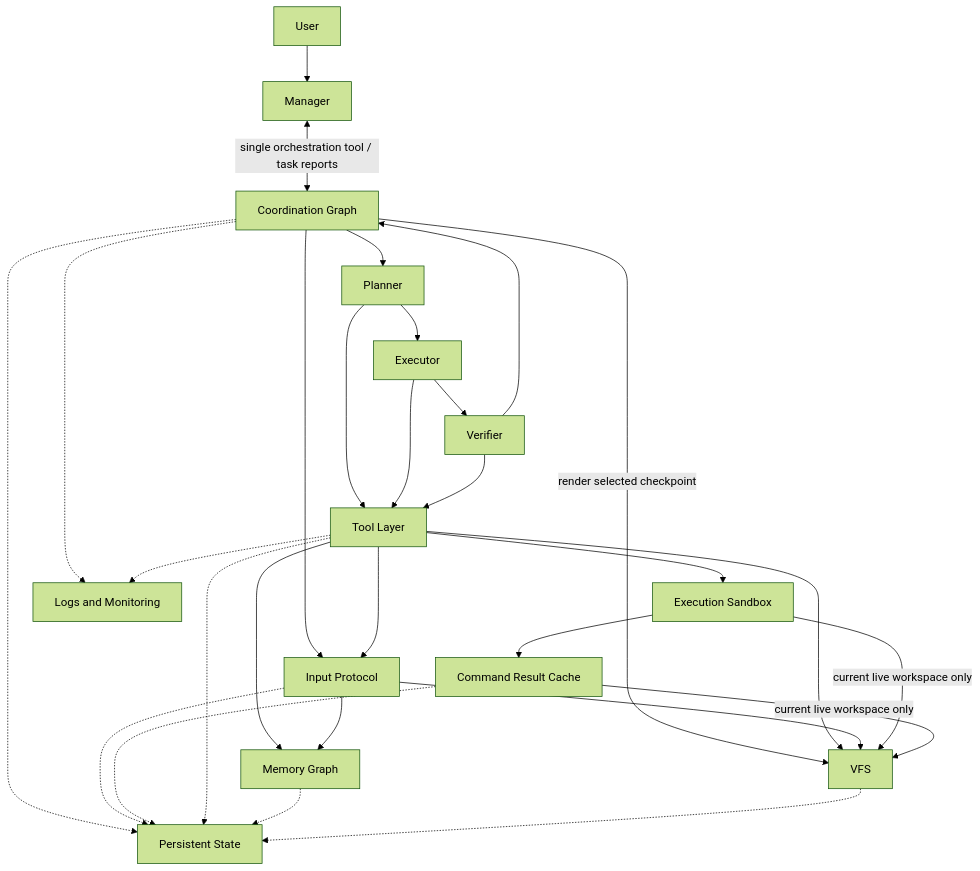
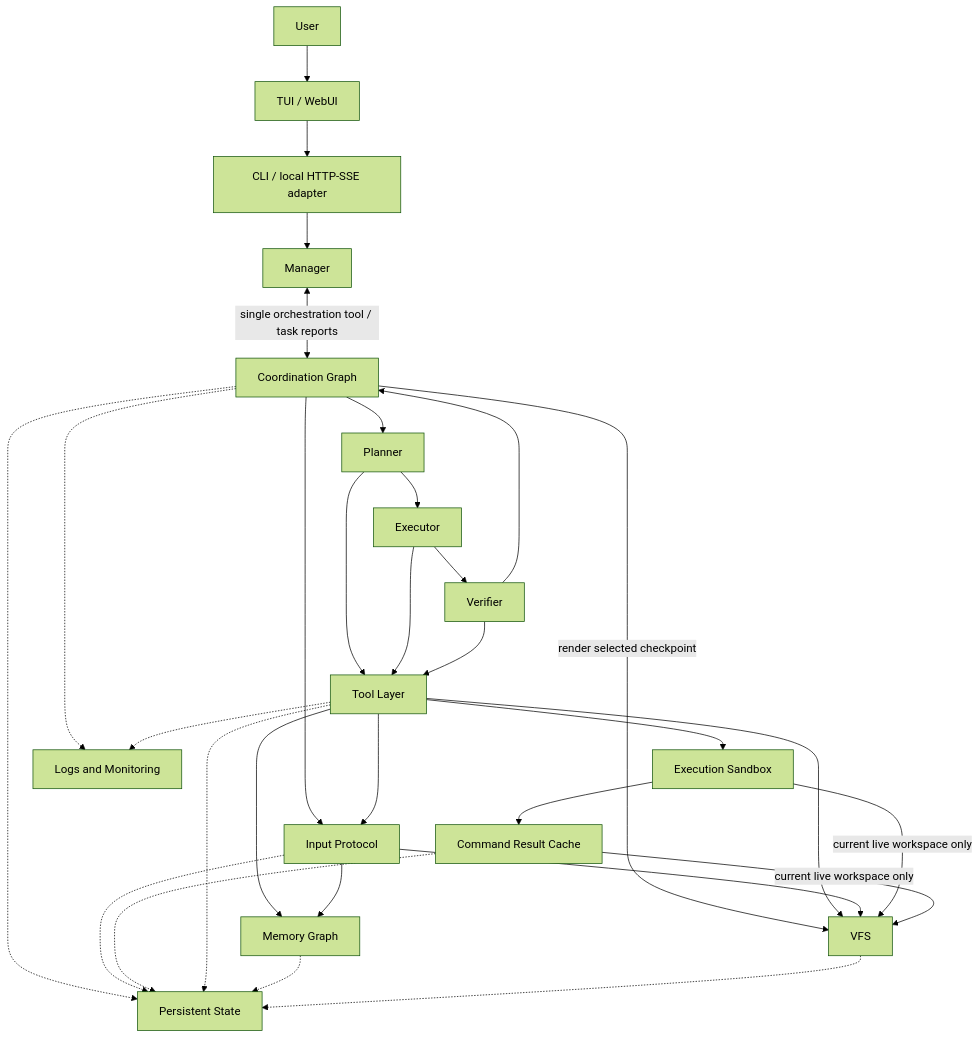
One commit to KDZZZZZZ/threadmill changed the diagram in docs/architecture-governance.md. Above: the diagram before and after it, drawn with Mermaid (forest theme). The commit also changed other lines of this file and 53 other files, not shown here.

First line of the commit message:
feat(webui): add local WebUI adapter and update agent method prompts

````diff
--- a/docs/architecture-governance.md
+++ b/docs/architecture-governance.md
@@ -7,35 +7,37 @@
 ```mermaid
 flowchart TD
-    U[User] --> M[Manager]
+    U[User] --> UI[TUI / WebUI]
+    UI --> ADAPTER[CLI / local HTTP-SSE adapter]
+    ADAPTER --> M[Manager]
     M <-->|single orchestration tool / task reports| G[Coordination Graph]
 
     G --> P[Planner]
     P --> E[Executor]
     E --> V[Verifier]
     V --> G
     G --> I[Input Protocol]
     G -->|render selected checkpoint| VFS[VFS]
 
     P --> T[Tool Layer]
     E --> T
     V --> T
     T --> I
     T --> MEM[Memory Graph]
     T --> VFS
     I --> VFS
     I --> MEM
     T --> EXEC[Execution Sandbox]
     EXEC -->|current live workspace only| VFS
     EXEC --> CACHE[Command Result Cache]
     CACHE -->|current live workspace only| VFS
 
     G -.-> STATE[Persistent State]
     I -.-> STATE
     CACHE -.-> STATE
     T -.-> STATE
     MEM -.-> STATE
     VFS -.-> STATE
 
     G -.-> OBS[Logs and Monitoring]
     T -.-> OBS
 ```
````
